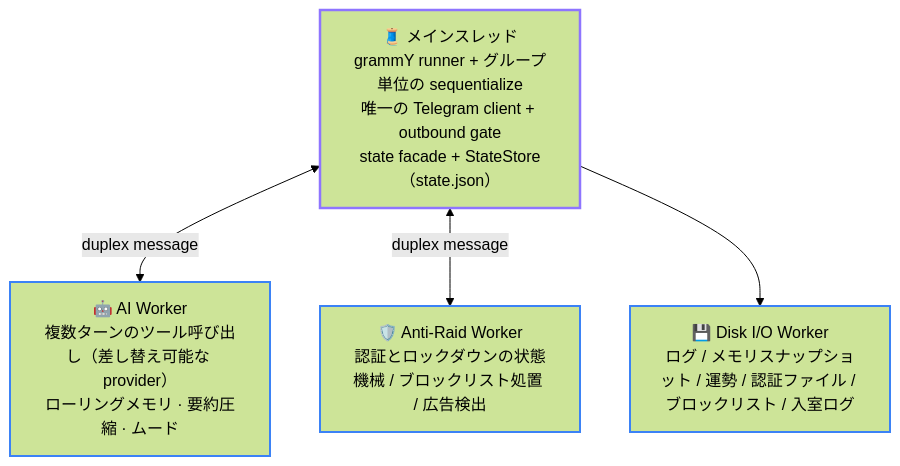
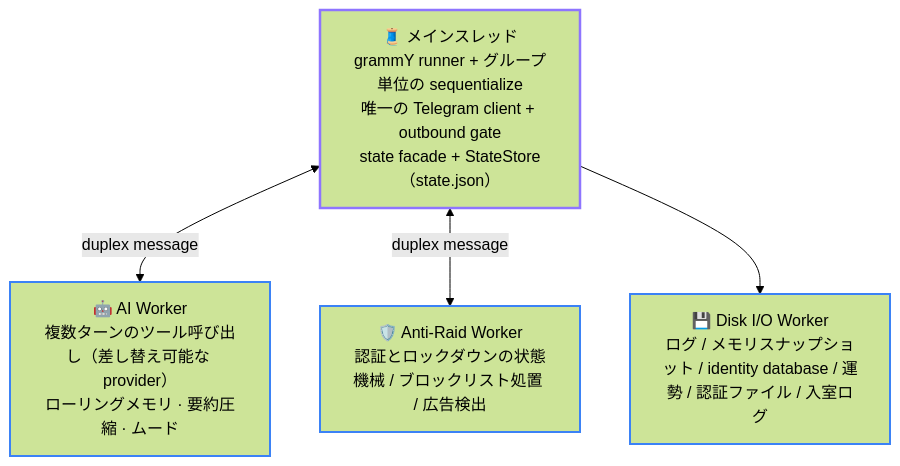
Before and after one commit to Asashishi/copy_ninjia: the first of 2 diagrams in docs/ja/02-architecture.md, drawn with Mermaid (forest theme). The commit also changed other lines of this file and 309 other files, not shown here.

````diff
--- a/docs/ja/02-architecture.md
+++ b/docs/ja/02-architecture.md
@@ -17,14 +17,14 @@
 ```mermaid
 flowchart TD
     classDef main stroke:#8e75ff,stroke-width:2.5px;
     classDef worker stroke:#3b82f6,stroke-width:2px;
 
     MAIN["🧵 メインスレッド<br/>grammY runner + グループ単位の sequentialize<br/>唯一の Telegram client + outbound gate<br/>state facade + StateStore（state.json）"]:::main
     AI["🤖 AI Worker<br/>複数ターンのツール呼び出し（差し替え可能な provider）<br/>ローリングメモリ · 要約圧縮 · ムード"]:::worker
     RAID["🛡️ Anti-Raid Worker<br/>認証とロックダウンの状態機械 / ブロックリスト処置 / 広告検出"]:::worker
-    DISK["💾 Disk I/O Worker<br/>ログ / メモリスナップショット / 運勢 / 認証ファイル / ブロックリスト / 入室ログ"]:::worker
+    DISK["💾 Disk I/O Worker<br/>ログ / メモリスナップショット / identity database / 運勢 / 認証ファイル / 入室ログ"]:::worker
 
     MAIN <-->|duplex message| AI
     MAIN <-->|duplex message| RAID
     MAIN --> DISK
 ```
````
